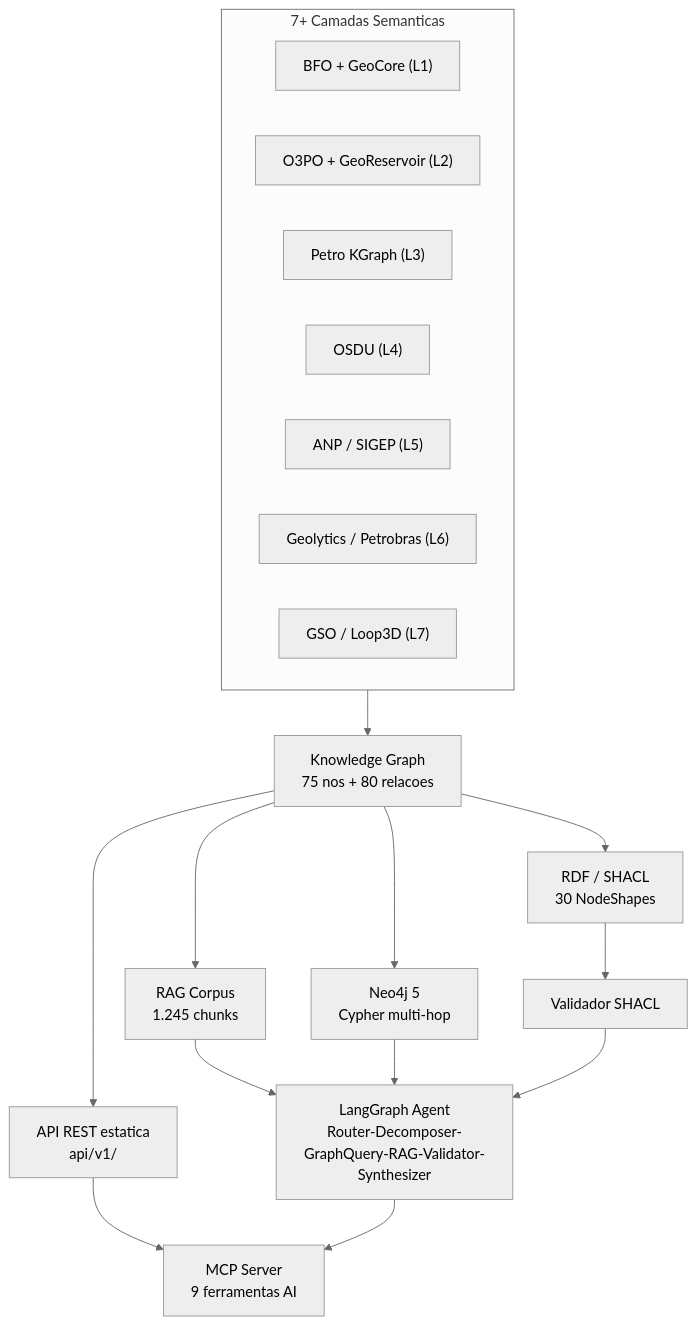
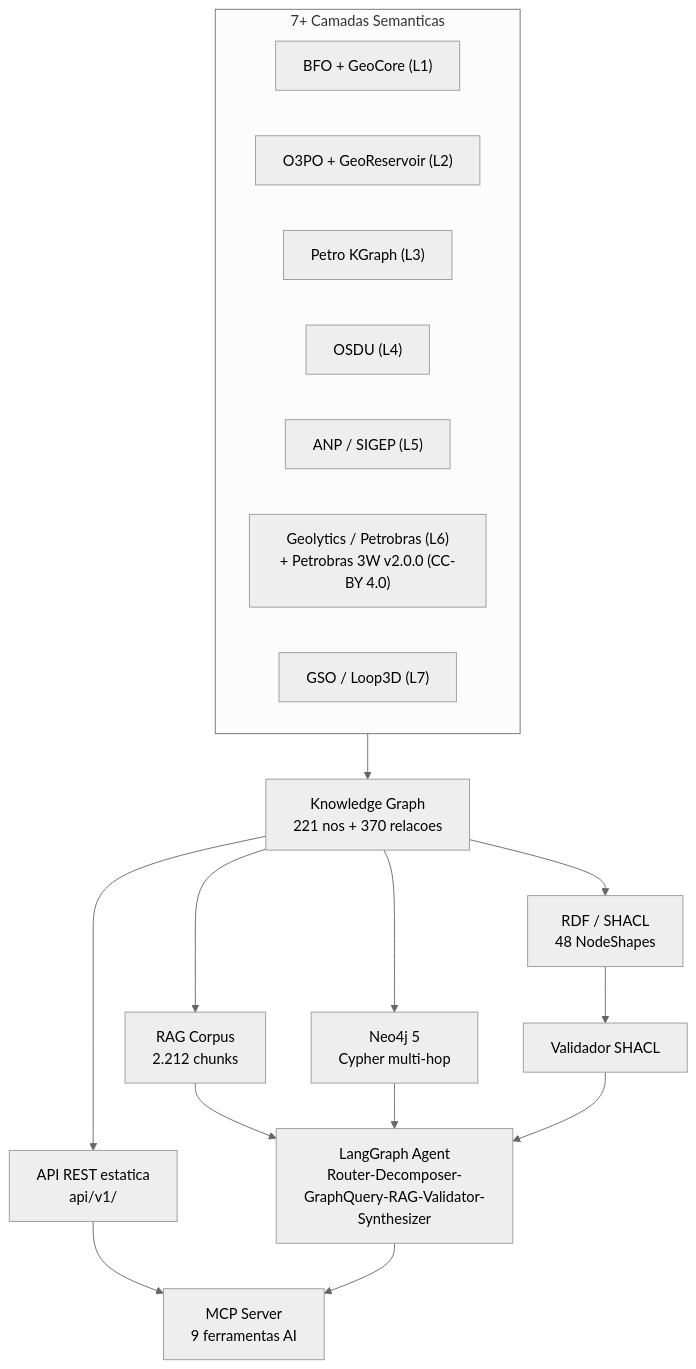
One commit to thiagoflc/geolytics-dictionary changed the diagram in README.md. Above: the diagram before and after it, drawn with Mermaid (neutral theme). The commit also changed other lines of this file and 32 other files, not shown here.

````diff
--- a/README.md
+++ b/README.md
@@ -15,26 +15,26 @@
 ```mermaid
 graph TD
     subgraph Fontes["7+ Camadas Semanticas"]
         L1["BFO + GeoCore (L1)"]
         L2["O3PO + GeoReservoir (L2)"]
         L3["Petro KGraph (L3)"]
         L4["OSDU (L4)"]
         L5["ANP / SIGEP (L5)"]
-        L6["Geolytics / Petrobras (L6)"]
+        L6["Geolytics / Petrobras (L6)<br/>+ Petrobras 3W v2.0.0 (CC-BY 4.0)"]
         L7["GSO / Loop3D (L7)"]
     end
 
-    Fontes --> KG["Knowledge Graph<br/>75 nos + 80 relacoes"]
+    Fontes --> KG["Knowledge Graph<br/>221 nos + 370 relacoes"]
 
     KG --> API["API REST estatica<br/>api/v1/"]
-    KG --> RAG["RAG Corpus<br/>1.245 chunks"]
+    KG --> RAG["RAG Corpus<br/>2.212 chunks"]
     KG --> NEO["Neo4j 5<br/>Cypher multi-hop"]
-    KG --> TTL["RDF / SHACL<br/>30 NodeShapes"]
+    KG --> TTL["RDF / SHACL<br/>48 NodeShapes"]
 
     API --> MCP["MCP Server<br/>9 ferramentas AI"]
     RAG --> AGENT["LangGraph Agent<br/>Router-Decomposer-GraphQuery-RAG-Validator-Synthesizer"]
     NEO --> AGENT
     TTL --> SHACL["Validador SHACL"]
     SHACL --> AGENT
     AGENT --> MCP
 ```
````
